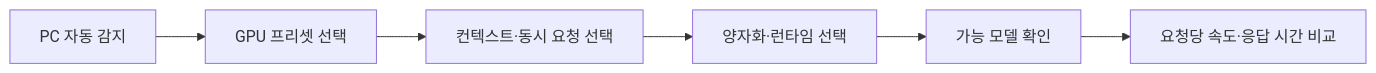
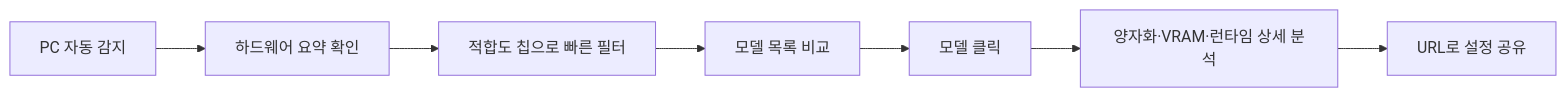
The first of 3 diagrams in README.md (jaeseok614/llm-gpu-checker-ko), drawn with Mermaid before and after one commit. The commit also changed other lines of this file and 5 other files, not shown here.

````diff
--- a/README.md
+++ b/README.md
@@ -31,8 +31,9 @@
 ```mermaid
 flowchart LR
-  A[PC 자동 감지] --> B[GPU 프리셋 선택]
-  B --> C[컨텍스트·동시 요청 선택]
-  C --> D[양자화·런타임 선택]
-  D --> E[가능 모델 확인]
-  E --> F[요청당 속도·응답 시간 비교]
+  A[PC 자동 감지] --> B[하드웨어 요약 확인]
+  B --> C[적합도 칩으로 빠른 필터]
+  C --> D[모델 목록 비교]
+  D --> E[모델 클릭]
+  E --> F[양자화·VRAM·런타임 상세 분석]
+  F --> G[URL로 설정 공유]
 ```
````
